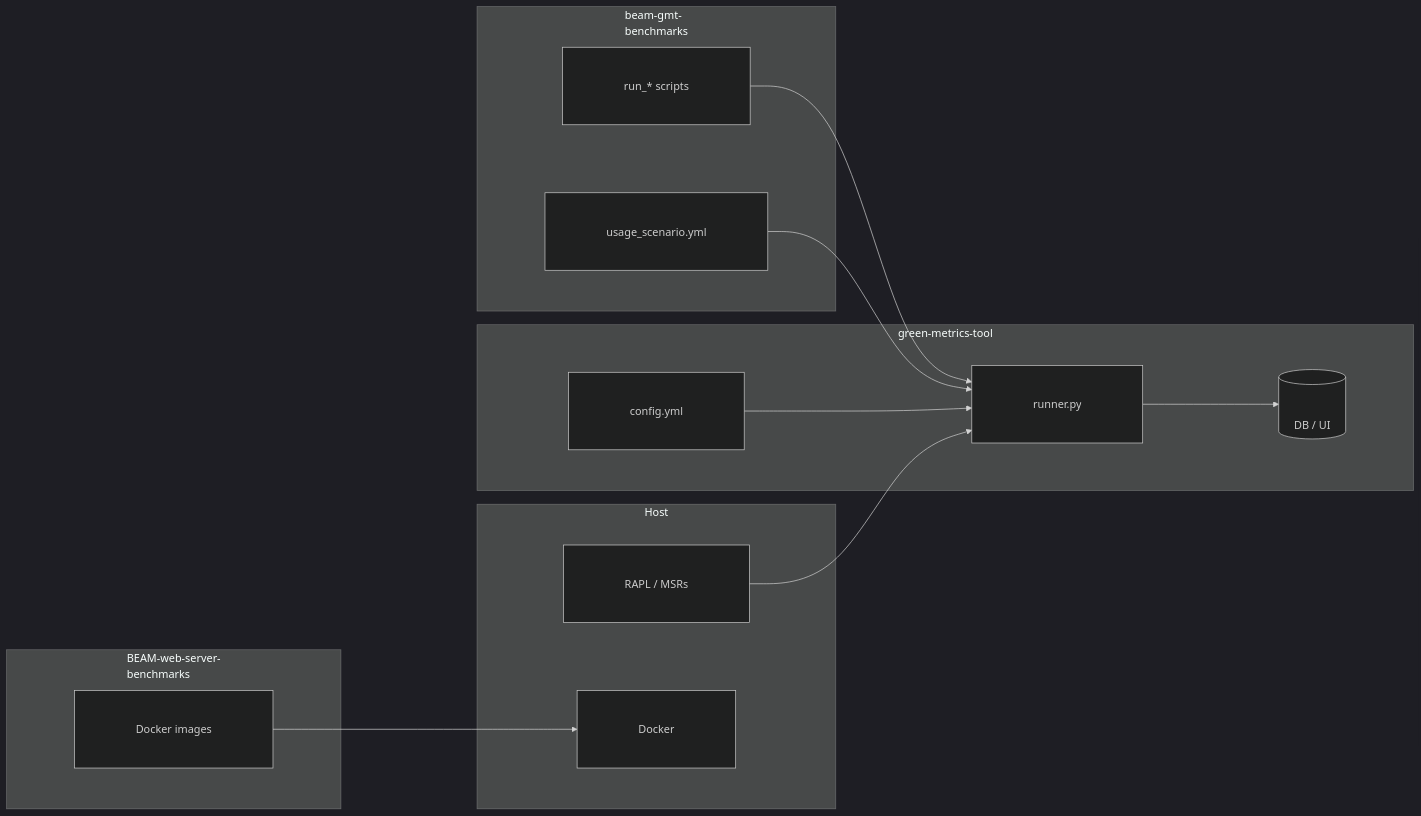
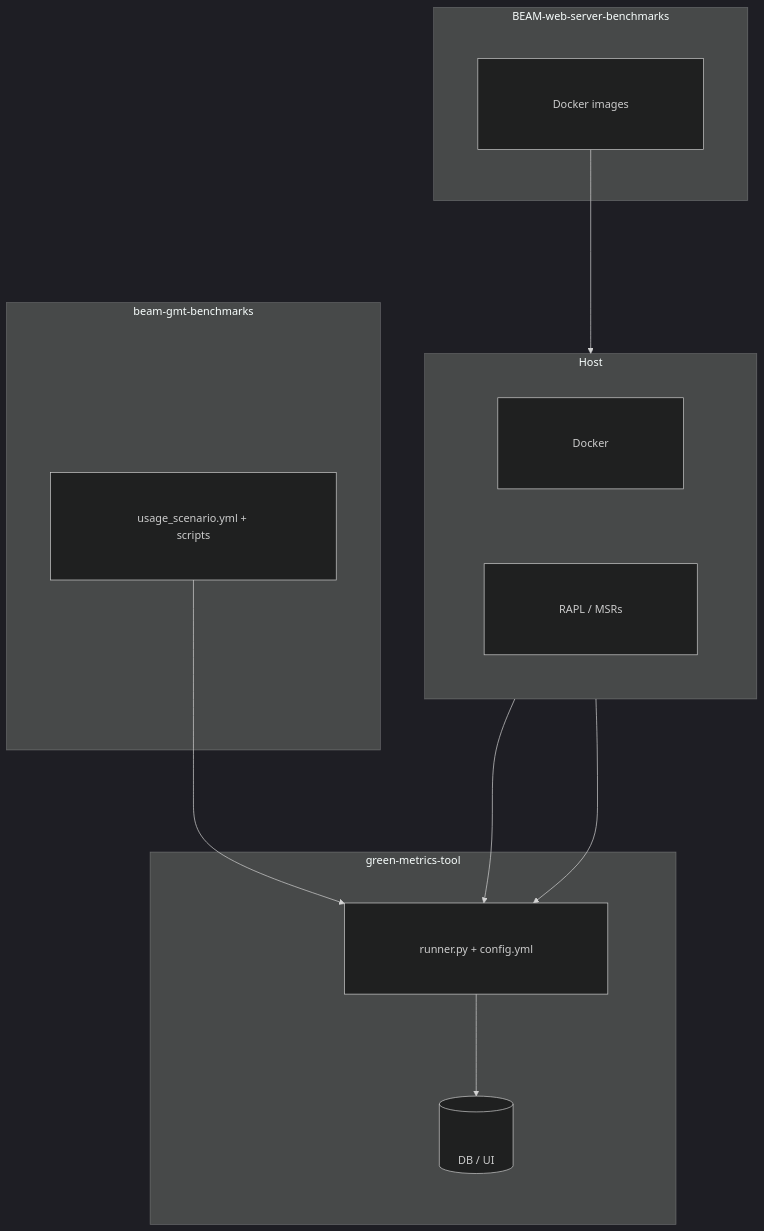
Before and after one commit to joegharbi/beam-gmt-benchmarks: the diagram in docs/ARCHITECTURE_FLOW.md, drawn with Mermaid (dark theme). The commit also changed other lines of this file, not shown here.

Commit message:
docs: ARCHITECTURE_FLOW Mermaid TB layout to avoid overlapping subgraphs
Made-with: Cursor

````diff
--- a/docs/ARCHITECTURE_FLOW.md
+++ b/docs/ARCHITECTURE_FLOW.md
@@ -7,26 +9,28 @@
 ```mermaid
-%%{init: {'flowchart': {'nodeSpacing': 100, 'rankSpacing': 200, 'padding': 45}}}%%
-flowchart LR
-  subgraph host [Host]
-    MSRs[RAPL / MSRs]
-    Docker[Docker]
+%%{init: {'flowchart': {'nodeSpacing': 110, 'rankSpacing': 150, 'padding': 55}}}%%
+flowchart TB
+  subgraph beam ["BEAM-web-server-benchmarks"]
+    Img["Docker images"]
   end
+
+  subgraph orch ["beam-gmt-benchmarks"]
+    Art["usage_scenario.yml + scripts"]
+  end
+
+  subgraph host ["Host"]
+    direction LR
+    Docker["Docker"]
+    MSRs["RAPL / MSRs"]
+  end
+
   subgraph gmt ["green-metrics-tool"]
-    Runner[runner.py]
-    Config[config.yml]
-    DB[(DB / UI)]
+    Core["runner.py + config.yml"]
+    DB[("DB / UI")]
+    Core --> DB
   end
-  subgraph beam ["BEAM-web-server-<br/>benchmarks"]
-    Img[Docker images]
-  end
-  subgraph orch ["beam-gmt-<br/>benchmarks"]
-    YML[usage_scenario.yml]
-    Scripts[run_* scripts]
-  end
+
   Img --> Docker
-  Scripts --> Runner
-  YML --> Runner
-  Config --> Runner
-  MSRs --> Runner
-  Runner --> DB
+  Art --> Core
+  Docker --> Core
+  MSRs --> Core
 ```
````
